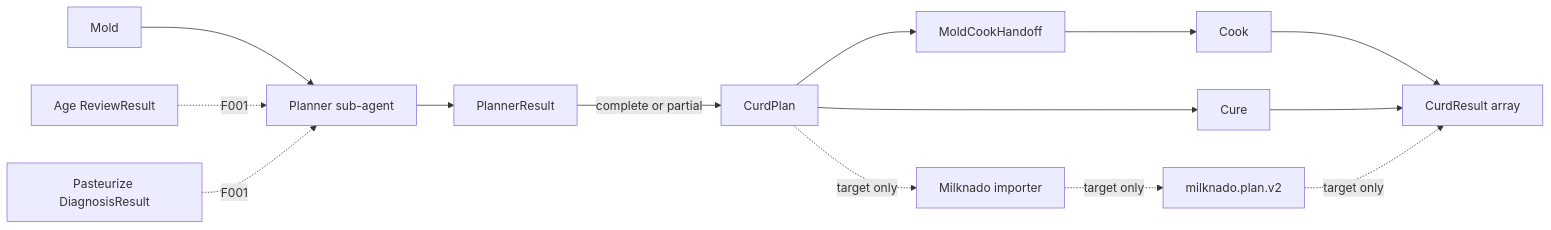
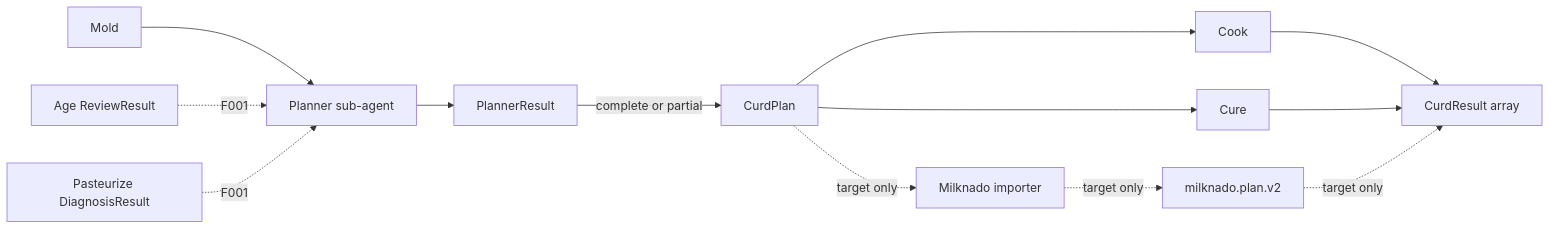
The diagram in .hallouminate/wiki/architecture/workflow-contract-map.md (paulnsorensen/easy-cheese), drawn with Mermaid before and after one commit. The commit also changed other lines of this file and 46 other files, not shown here.

````diff
--- a/.hallouminate/wiki/architecture/workflow-contract-map.md
+++ b/.hallouminate/wiki/architecture/workflow-contract-map.md
@@ -80,16 +78,15 @@
 ```mermaid
 flowchart LR
   M[Mold] --> P[Planner sub-agent]
   A[Age ReviewResult] -. F001 .-> P
   D[Pasteurize DiagnosisResult] -. F001 .-> P
   P --> R[PlannerResult]
   R -->|complete or partial| C[CurdPlan]
-  C --> H[MoldCookHandoff]
-  H --> K[Cook]
+  C --> K[Cook]
   C --> U[Cure]
   C -. target only .-> I[Milknado importer]
   K --> O[CurdResult array]
   U --> O
   I -. target only .-> B[milknado.plan.v2]
   B -. target only .-> O
 ```
````
